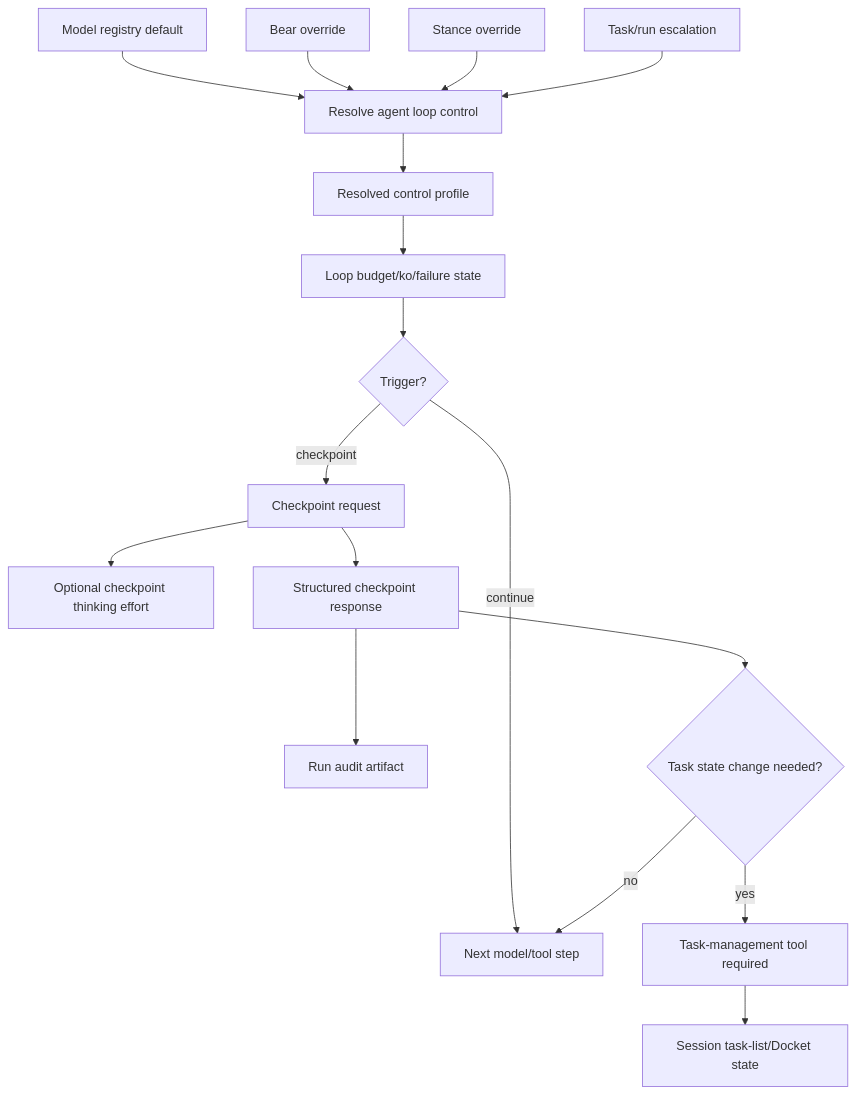
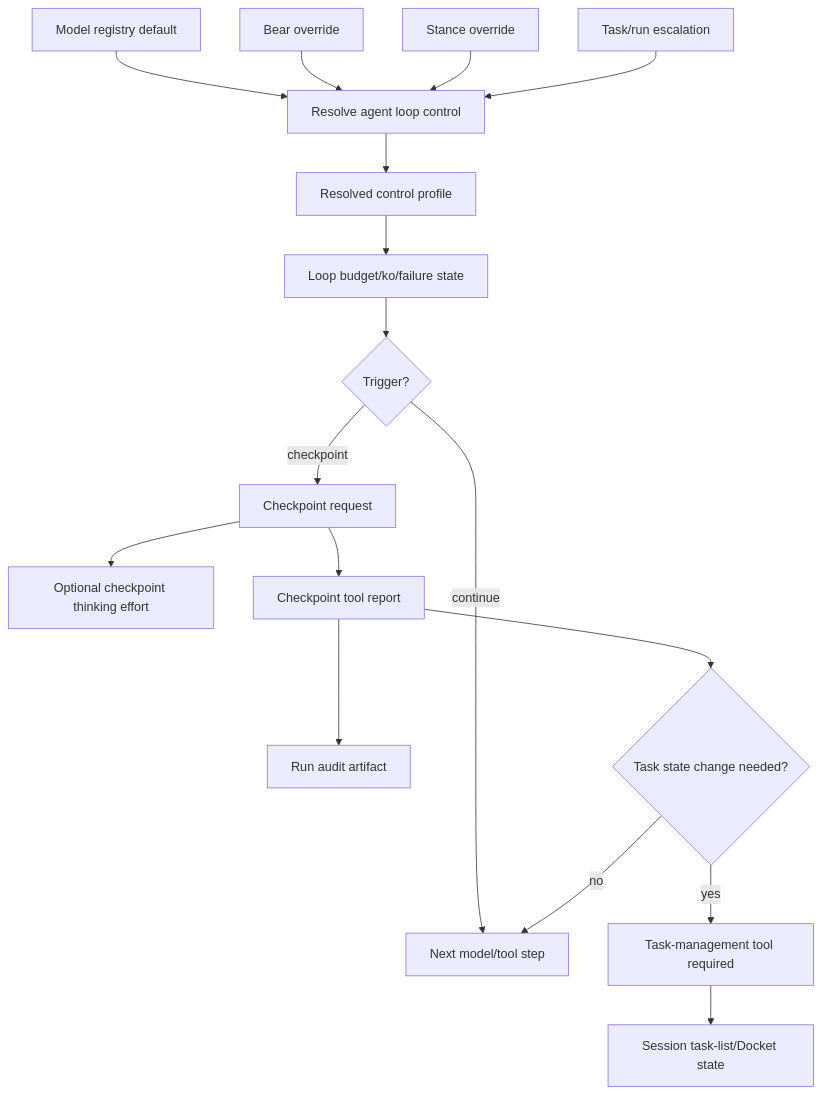
Before and after one commit to TheArtificial/BEARS: the diagram in docs/roadmap/AGENT_LOOP_CONTROL_IMPLEMENTATION_PLAN.md, drawn with Mermaid. The commit also changed other lines of this file and 2 other files, not shown here.

Commit message:
docs: document checkpoint tool reporting path

````diff
--- a/docs/roadmap/AGENT_LOOP_CONTROL_IMPLEMENTATION_PLAN.md
+++ b/docs/roadmap/AGENT_LOOP_CONTROL_IMPLEMENTATION_PLAN.md
@@ -48,22 +48,22 @@
 ```mermaid
 flowchart TD
     A[Model registry default] --> R[Resolve agent loop control]
     B[Bear override] --> R
     C[Stance override] --> R
     D[Task/run escalation] --> R
 
     R --> P[Resolved control profile]
     P --> L[Loop budget/ko/failure state]
     L --> T{Trigger?}
 
     T -- continue --> M[Next model/tool step]
     T -- checkpoint --> Ck[Checkpoint request]
     Ck --> CT[Optional checkpoint thinking effort]
-    Ck --> CR[Structured checkpoint response]
+    Ck --> CR[Checkpoint tool report]
 
     CR --> A1[Run audit artifact]
     CR --> D1{Task state change needed?}
     D1 -- yes --> Tool[Task-management tool required]
     D1 -- no --> M
     Tool --> State[Session task-list/Docket state]
 ```
````
